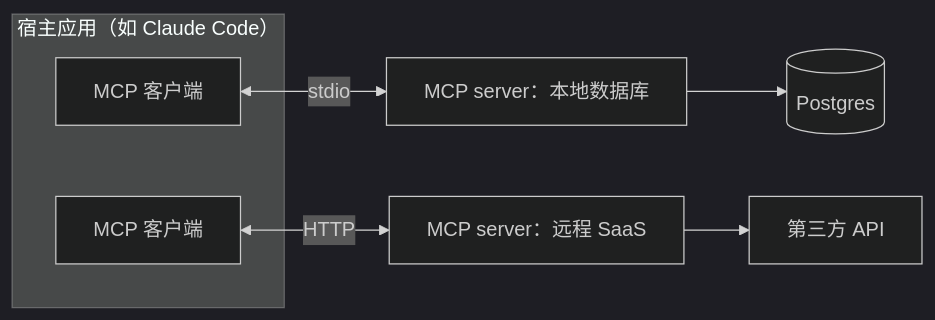
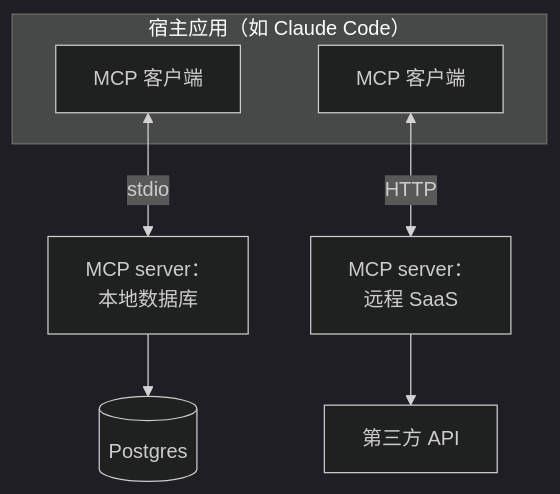
One commit to jarvis-pro/hatch-shelf changed the first of 2 diagrams in books/agent-principles/08-mcp-and-skills.md. Above: the diagram before and after it, drawn with Mermaid (dark theme). The commit also changed other lines of this file and 432 other files, not shown here.

````diff
--- a/books/agent-principles/08-mcp-and-skills.md
+++ b/books/agent-principles/08-mcp-and-skills.md
@@ -15,11 +15,11 @@
 ```mermaid
-flowchart LR
+flowchart TD
   subgraph Host["宿主应用（如 Claude Code）"]
     C1["MCP 客户端"]
     C2["MCP 客户端"]
   end
-  C1 <-->|"stdio"| S1["MCP server：本地数据库"]
-  C2 <-->|"HTTP"| S2["MCP server：远程 SaaS"]
+  C1 <-->|"stdio"| S1["MCP server：<br/>本地数据库"]
+  C2 <-->|"HTTP"| S2["MCP server：<br/>远程 SaaS"]
   S1 --> D1[("Postgres")]
   S2 --> D2["第三方 API"]
 ```
````
